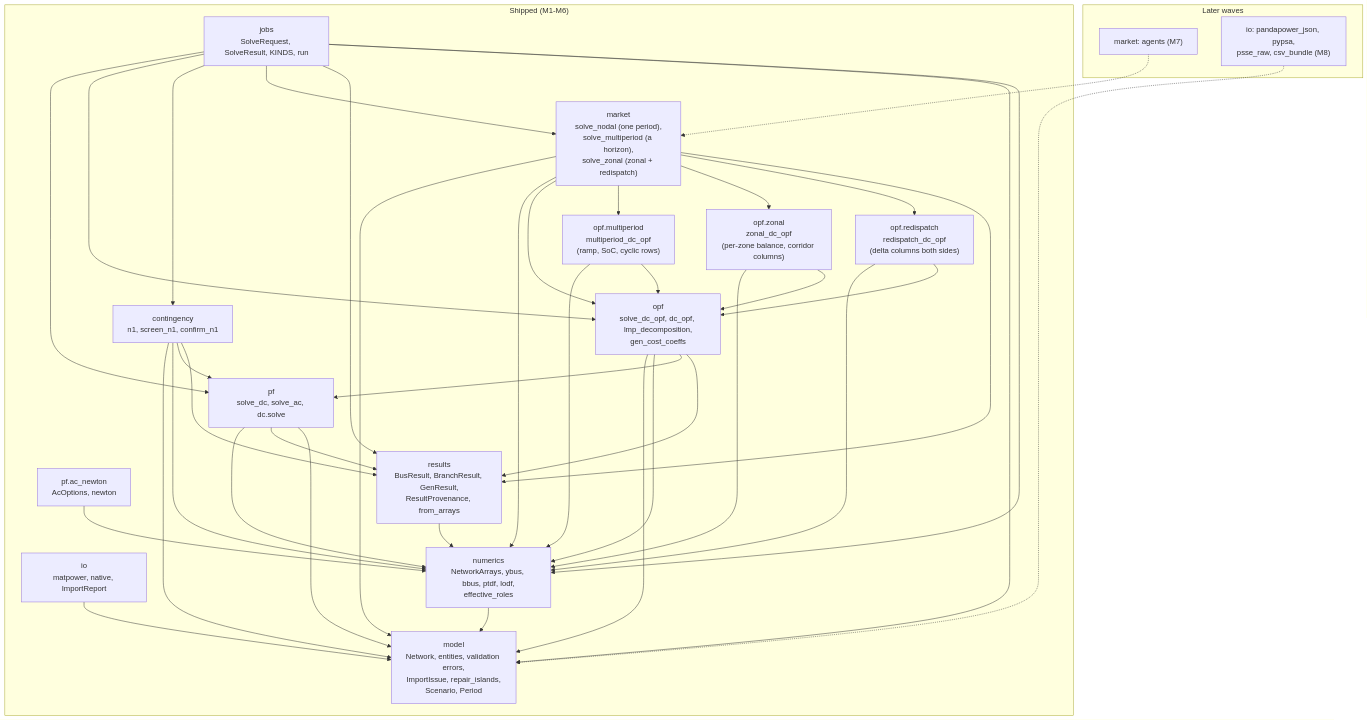
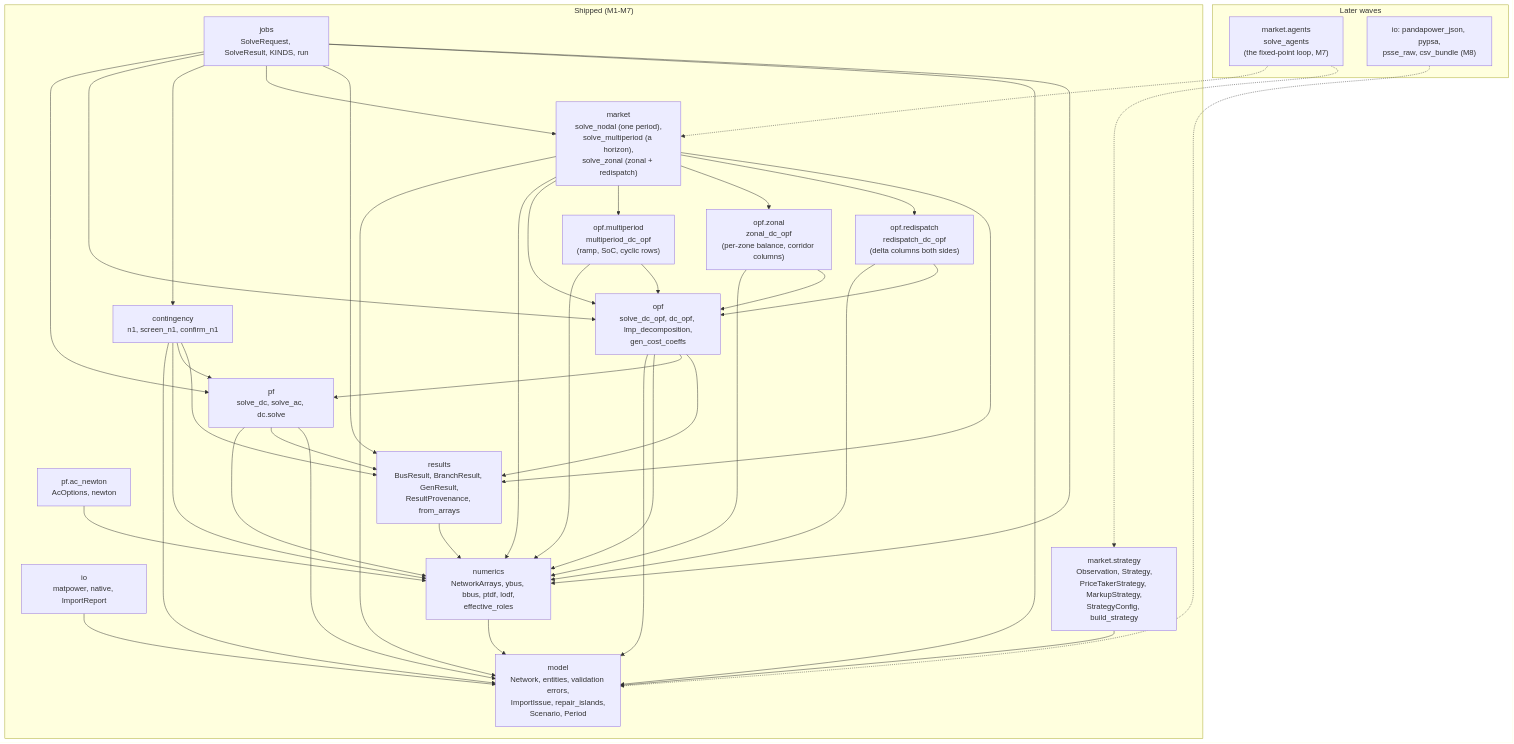
One commit to mambo10005/mambo-power changed the first of 2 diagrams in docs/design/architecture.md. Above: the diagram before and after it, drawn with Mermaid. The commit also changed other lines of this file and 1 other file, not shown here.

````diff
--- a/docs/design/architecture.md
+++ b/docs/design/architecture.md
@@ -13,60 +13,63 @@
 ```mermaid
 flowchart TB
-    subgraph present["Shipped (M1-M6)"]
+    subgraph present["Shipped (M1-M7)"]
         model["model<br/>Network, entities, validation errors,<br/>ImportIssue, repair_islands,<br/>Scenario, Period"]
         io["io<br/>matpower, native, ImportReport"]
         numerics["numerics<br/>NetworkArrays, ybus, bbus, ptdf, lodf,<br/>effective_roles"]
         pf["pf<br/>solve_dc, solve_ac, dc.solve"]
         ac["pf.ac_newton<br/>AcOptions, newton"]
         opf["opf<br/>solve_dc_opf, dc_opf, lmp_decomposition,<br/>gen_cost_coeffs"]
         opfmp["opf.multiperiod<br/>multiperiod_dc_opf<br/>(ramp, SoC, cyclic rows)"]
         opfz["opf.zonal<br/>zonal_dc_opf<br/>(per-zone balance, corridor columns)"]
         opfrd["opf.redispatch<br/>redispatch_dc_opf<br/>(delta columns both sides)"]
         contingency["contingency<br/>n1, screen_n1, confirm_n1"]
         market["market<br/>solve_nodal (one period),<br/>solve_multiperiod (a horizon),<br/>solve_zonal (zonal + redispatch)"]
+        marketstrategy["market.strategy<br/>Observation, Strategy,<br/>PriceTakerStrategy, MarkupStrategy,<br/>StrategyConfig, build_strategy"]
         results["results<br/>BusResult, BranchResult, GenResult,<br/>ResultProvenance, from_arrays"]
         jobs["jobs<br/>SolveRequest, SolveResult, KINDS, run"]
     end
     subgraph later["Later waves"]
-        marketlater["market: agents (M7)"]
+        marketlater["market.agents<br/>solve_agents<br/>(the fixed-point loop, M7)"]
         formats["io: pandapower_json, pypsa,<br/>psse_raw, csv_bundle (M8)"]
     end
 
     io --> model
     numerics --> model
     pf --> numerics
     pf --> results
     pf --> model
     results --> numerics
     ac --> numerics
     opf --> model
     opf --> numerics
     opf --> pf
     opf --> results
     contingency --> model
     contingency --> numerics
     contingency --> pf
     contingency --> results
     market --> model
     market --> numerics
     market --> opf
     market --> opfmp
     market --> opfz
     market --> opfrd
     market --> results
+    marketstrategy --> model
     opfmp --> numerics
     opfmp --> opf
     opfz --> numerics
     opfz --> opf
     opfrd --> numerics
     opfrd --> opf
     jobs --> pf
     jobs --> opf
     jobs --> contingency
     jobs --> market
     jobs --> results
     jobs --> model
     jobs --> numerics
     marketlater -.-> market
+    marketlater -.-> marketstrategy
     formats -.-> model
 ```
````
